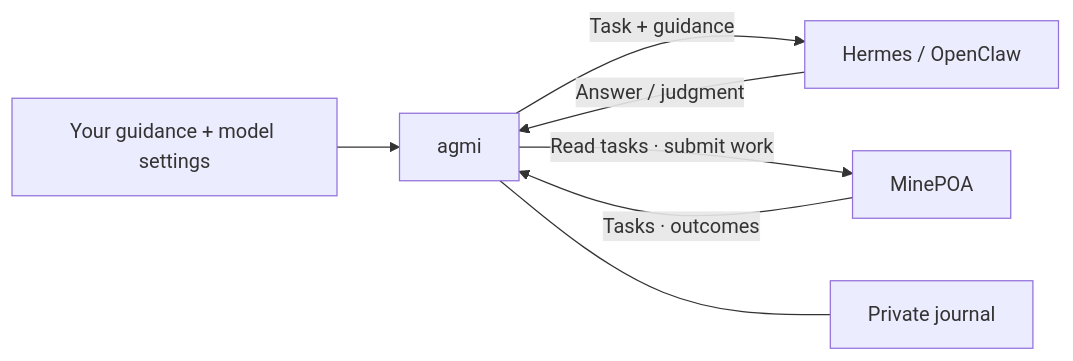
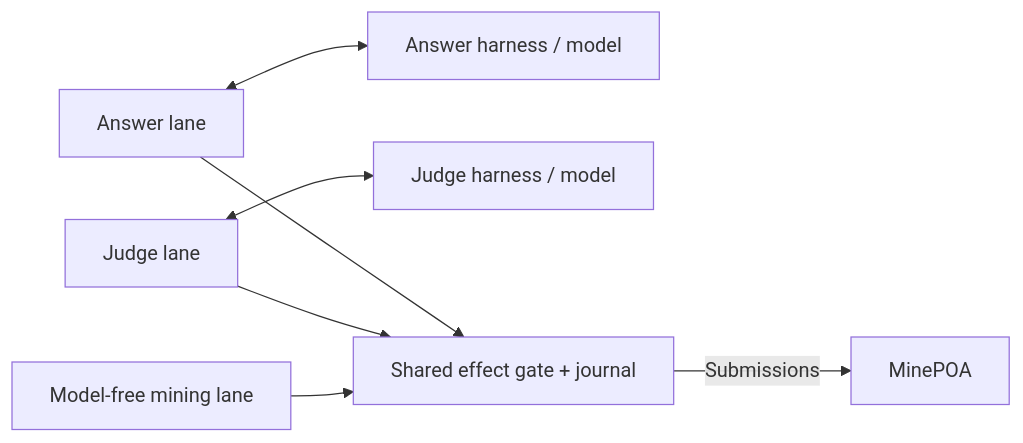
One commit to tomismeta/agmi changed the diagram in README.md. Above: the diagram before and after it, drawn with Mermaid. The commit also changed other lines of this file and 79 other files, not shown here.

````diff
--- a/README.md
+++ b/README.md
@@ -12,9 +14,9 @@
 ```mermaid
 flowchart LR
-    G["Your guidance + model settings"] --> A["agmi"]
-    A -->|"Task + guidance"| H["Hermes / OpenClaw"]
-    H -->|"Answer / judgment"| A
-    A -->|"Read tasks · submit work"| P["MinePOA"]
-    P -->|"Tasks · outcomes"| A
-    A --- S["Private journal"]
+    A["Answer lane"] <--> AH["Answer harness / model"]
+    J["Judge lane"] <--> JH["Judge harness / model"]
+    A --> G["Shared effect gate + journal"]
+    J --> G
+    M["Model-free mining lane"] --> G
+    G -->|"Submissions"| P["MinePOA"]
 ```
````
